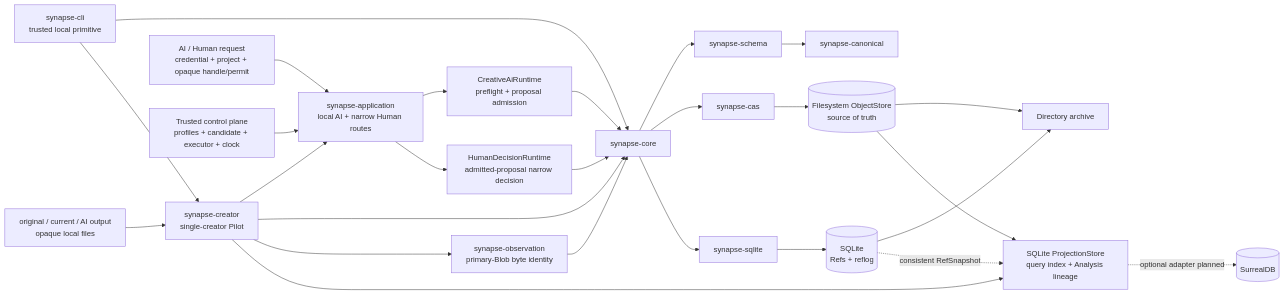
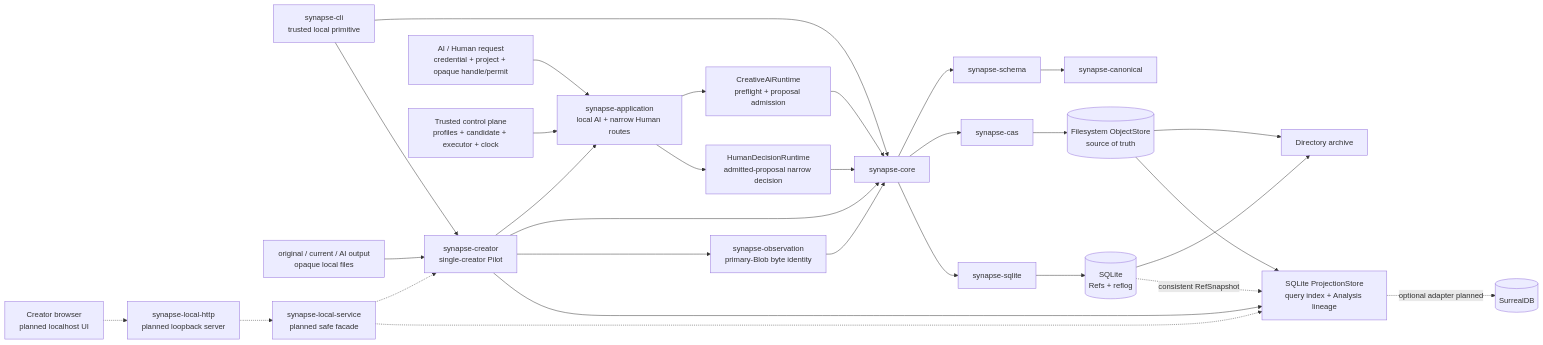
The second of 2 diagrams in README.md (howlrs/synapsegit), drawn with Mermaid before and after one commit. The commit also changed other lines of this file and 8 other files, not shown here.

Commit message:
docs: define localhost application architecture

````diff
--- a/README.md
+++ b/README.md
@@ -259,28 +261,32 @@
 ```mermaid
 flowchart LR
     CLI["synapse-cli<br/>trusted local primitive"] --> Core[synapse-core]
     Files["original / current / AI output<br/>opaque local files"] --> Creator["synapse-creator<br/>single-creator Pilot"]
     CLI --> Creator
     Request["AI / Human request<br/>credential + project + opaque handle/permit"] --> App["synapse-application<br/>local AI + narrow Human routes"]
     Control["Trusted control plane<br/>profiles + candidate + executor + clock"] --> App
     Creator --> App
     Creator --> Core
     Creator --> Observation["synapse-observation<br/>primary-Blob byte identity"]
     Observation --> Core
     App --> AIRuntime["CreativeAiRuntime<br/>preflight + proposal admission"]
     App --> HRuntime["HumanDecisionRuntime<br/>admitted-proposal narrow decision"]
     AIRuntime --> Core
     HRuntime --> Core
     Core --> Schema[synapse-schema]
     Schema --> Canon[synapse-canonical]
     Core --> Store[synapse-cas]
     Core --> Refs[synapse-sqlite]
     Store --> CAS[("Filesystem ObjectStore<br/>source of truth")]
     Refs --> DB[("SQLite<br/>Refs + reflog")]
     CAS --> Archive[Directory archive]
     DB --> Archive
     CAS --> Projection["SQLite ProjectionStore<br/>query index + Analysis lineage"]
     DB -. consistent RefSnapshot .-> Projection
     Creator --> Projection
+    Browser["Creator browser<br/>planned localhost UI"] -.-> LocalHTTP["synapse-local-http<br/>planned loopback server"]
+    LocalHTTP -.-> LocalService["synapse-local-service<br/>planned safe facade"]
+    LocalService -.-> Creator
+    LocalService -.-> Projection
     Projection -. optional adapter planned .-> SurrealDB[(SurrealDB)]
 ```
````
